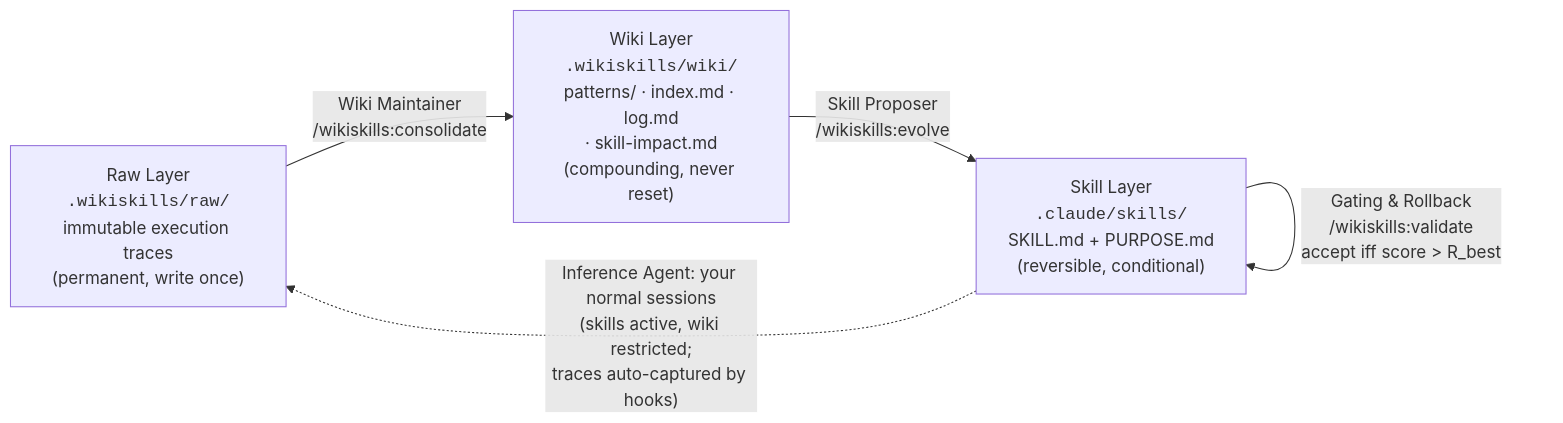
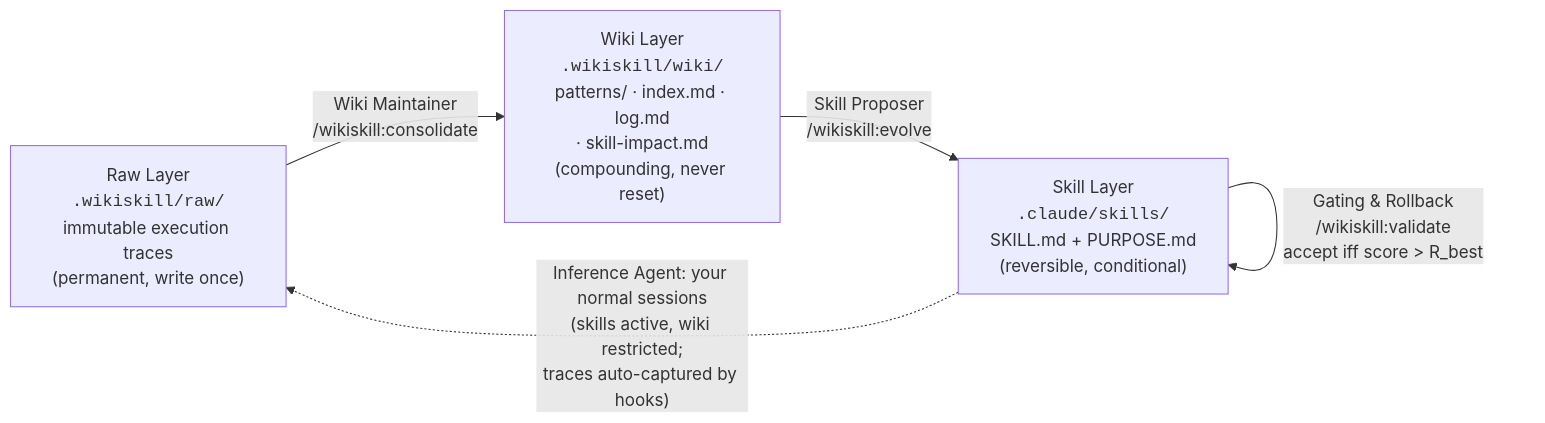
The diagram in README.md (IvanLukianenko/WikiSkill), drawn with Mermaid before and after one commit. The commit also changed other lines of this file and 29 other files, not shown here.

````diff
--- a/README.md
+++ b/README.md
@@ -12,10 +12,10 @@
 ```mermaid
 flowchart LR
-    A["Raw Layer<br/><code>.wikiskills/raw/</code><br/>immutable execution traces<br/>(permanent, write once)"]
-    B["Wiki Layer<br/><code>.wikiskills/wiki/</code><br/>patterns/ · index.md · log.md<br/>· skill-impact.md<br/>(compounding, never reset)"]
+    A["Raw Layer<br/><code>.wikiskill/raw/</code><br/>immutable execution traces<br/>(permanent, write once)"]
+    B["Wiki Layer<br/><code>.wikiskill/wiki/</code><br/>patterns/ · index.md · log.md<br/>· skill-impact.md<br/>(compounding, never reset)"]
     C["Skill Layer<br/><code>.claude/skills/</code><br/>SKILL.md + PURPOSE.md<br/>(reversible, conditional)"]
-    A -- "Wiki Maintainer<br/>/wikiskills:consolidate" --> B
-    B -- "Skill Proposer<br/>/wikiskills:evolve" --> C
-    C -- "Gating & Rollback<br/>/wikiskills:validate<br/>accept iff score > R_best" --> C
+    A -- "Wiki Maintainer<br/>/wikiskill:consolidate" --> B
+    B -- "Skill Proposer<br/>/wikiskill:evolve" --> C
+    C -- "Gating & Rollback<br/>/wikiskill:validate<br/>accept iff score > R_best" --> C
     C -. "Inference Agent: your normal sessions<br/>(skills active, wiki restricted;<br/>traces auto-captured by hooks)" .-> A
 ```
````
